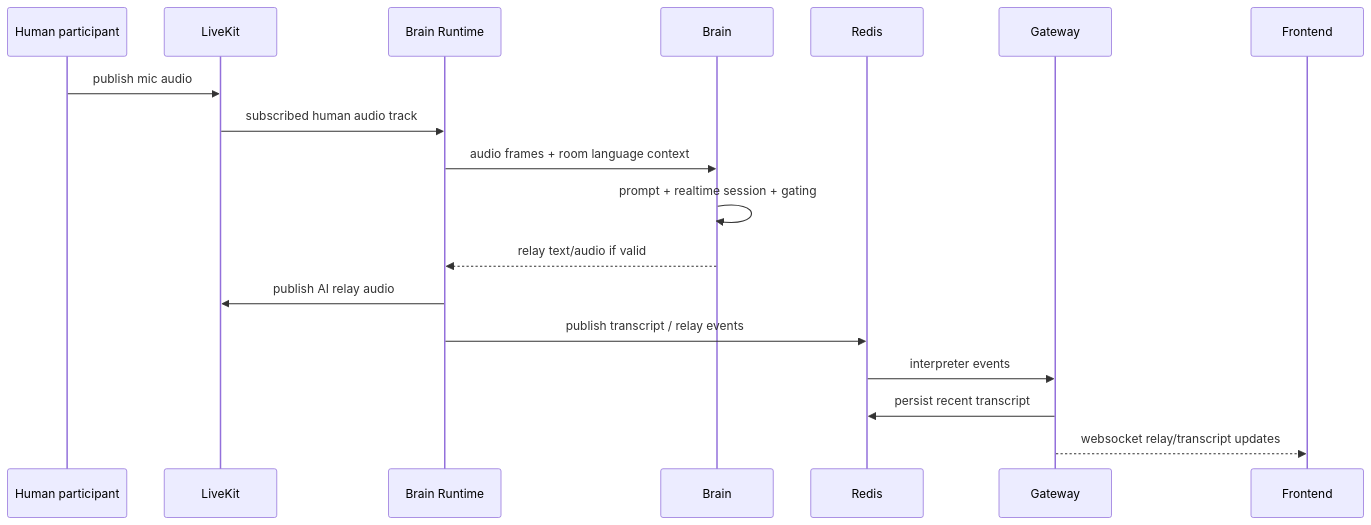
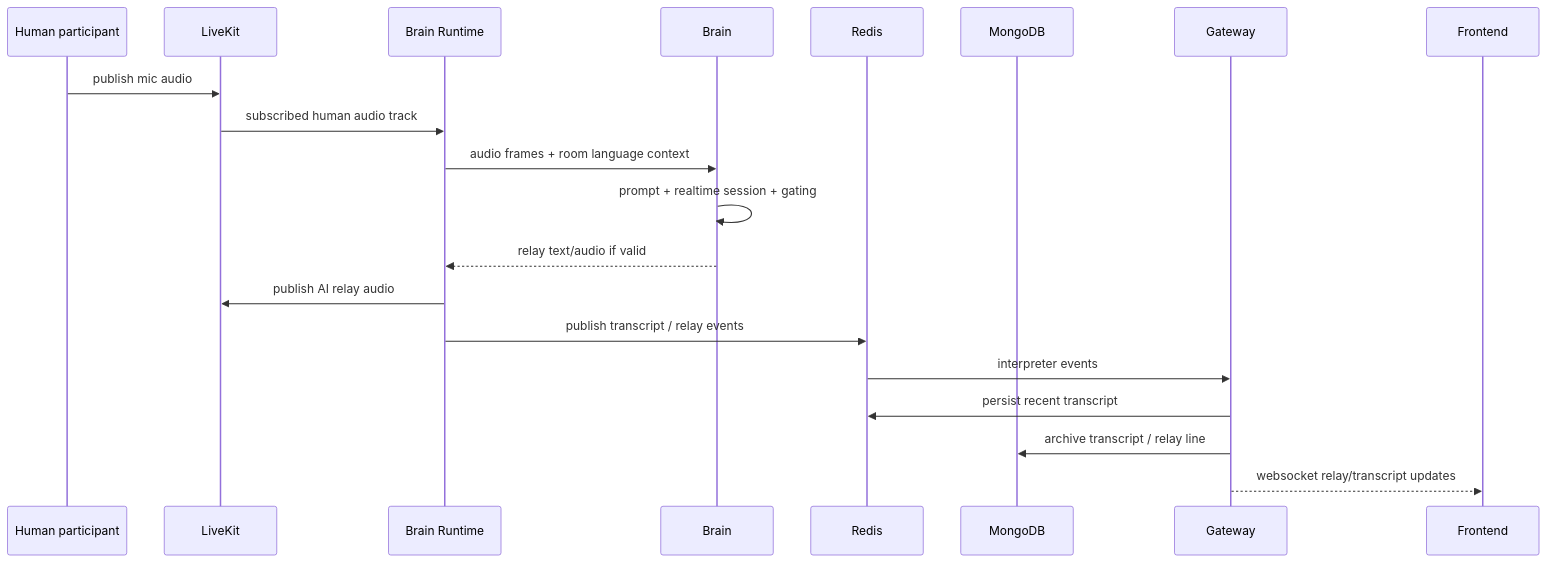
Before and after one commit to Huy-8bit/MeetQ: the sixth of 10 diagrams in docs/backend/README.md, drawn with Mermaid. The commit also changed other lines of this file and 18 other files, not shown here.

````diff
--- a/docs/backend/README.md
+++ b/docs/backend/README.md
@@ -382,21 +419,23 @@
 ```mermaid
 sequenceDiagram
     participant Human as Human participant
     participant LK as LiveKit
     participant RT as Brain Runtime
     participant Brain as Brain
     participant Redis as Redis
+    participant Mongo as MongoDB
     participant GW as Gateway
     participant FE as Frontend
 
     Human->>LK: publish mic audio
     LK->>RT: subscribed human audio track
     RT->>Brain: audio frames + room language context
     Brain->>Brain: prompt + realtime session + gating
     Brain-->>RT: relay text/audio if valid
     RT->>LK: publish AI relay audio
     RT->>Redis: publish transcript / relay events
     Redis->>GW: interpreter events
     GW->>Redis: persist recent transcript
+    GW->>Mongo: archive transcript / relay line
     GW-->>FE: websocket relay/transcript updates
 ```
````
